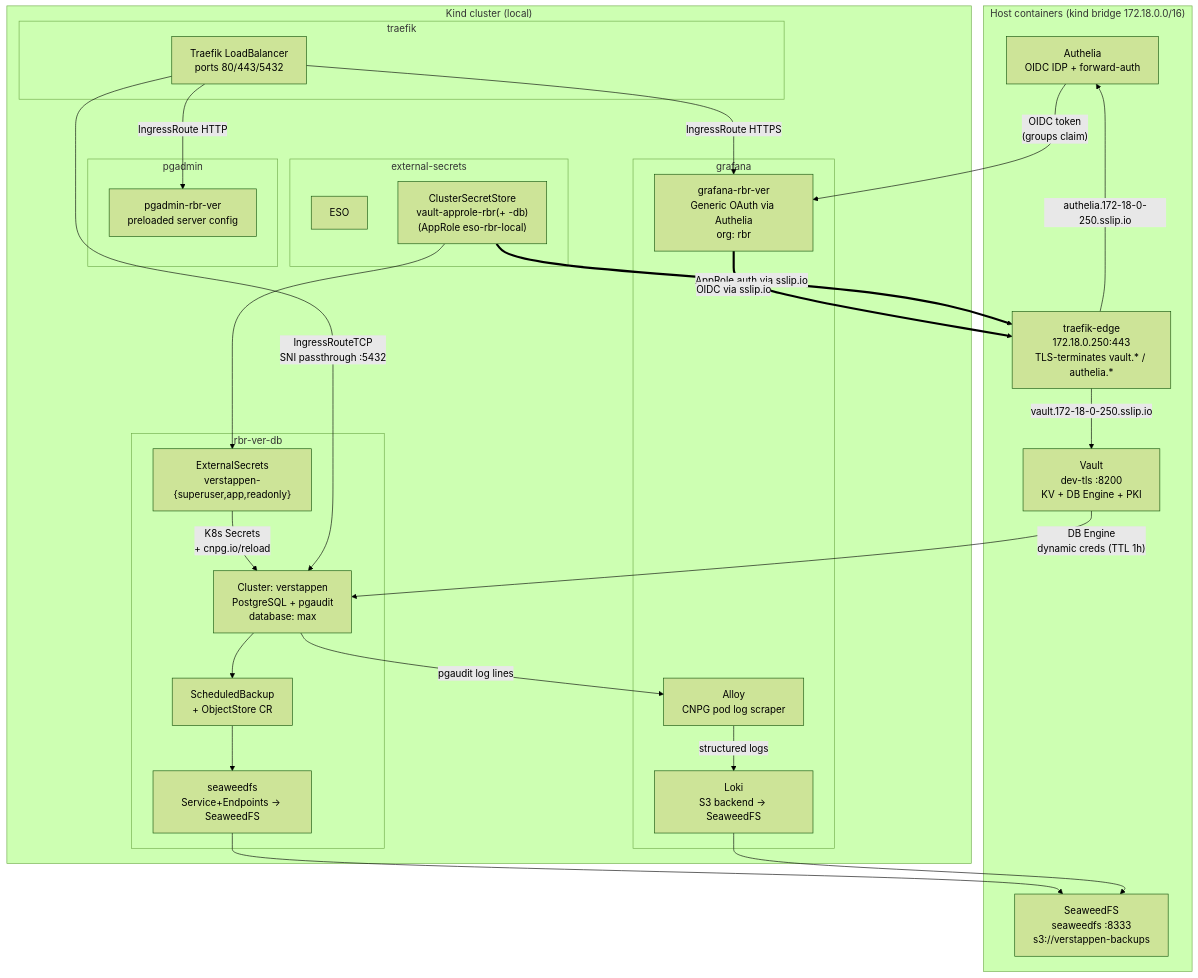
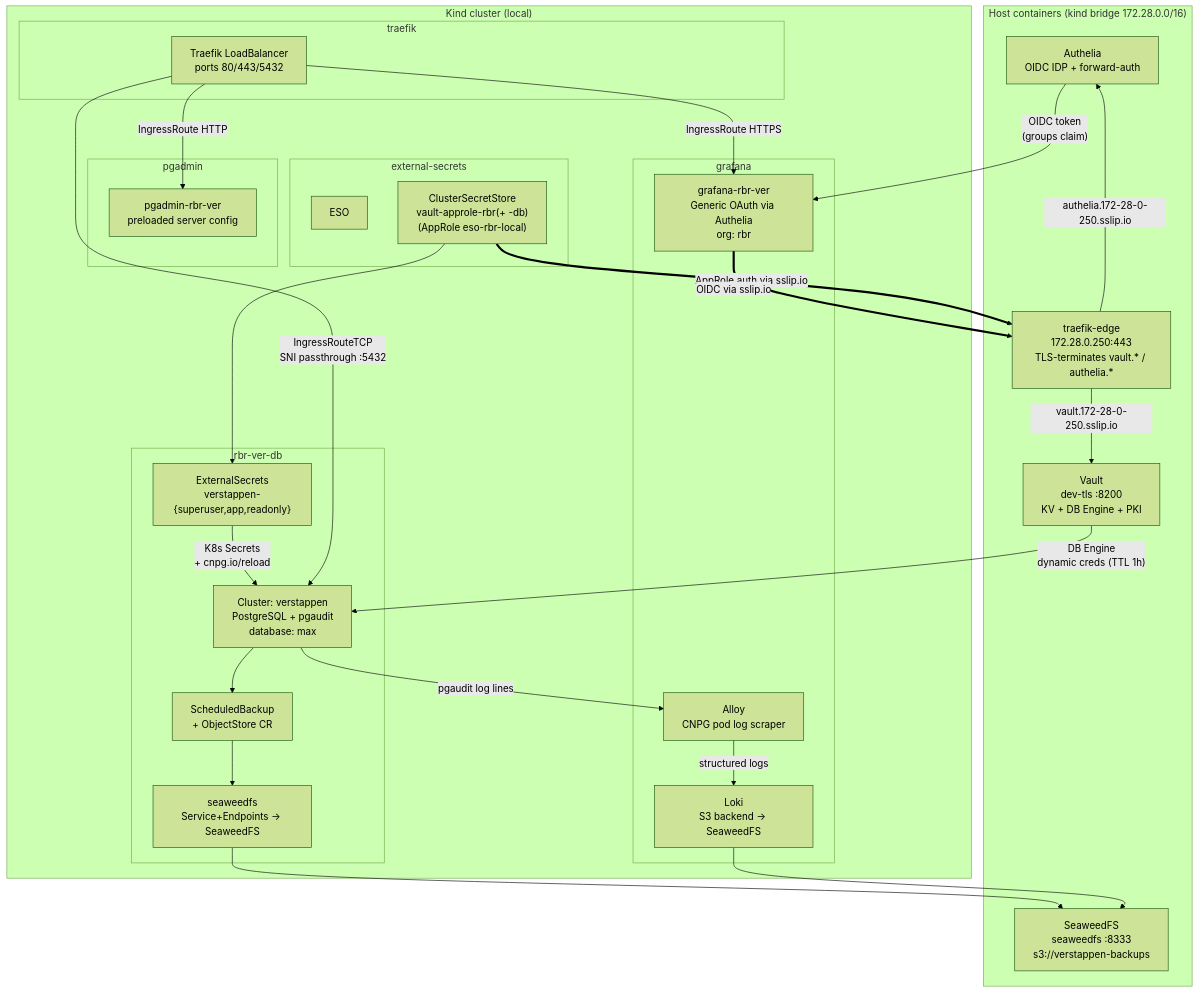
Before and after one commit to rmlandvreugd/cnpg-playground: the diagram in docs/self-service-demo.md, drawn with Mermaid (forest theme). The commit also changed other lines of this file and 34 other files, not shown here.

````diff
--- a/docs/self-service-demo.md
+++ b/docs/self-service-demo.md
@@ -9,55 +9,55 @@
 ```mermaid
 graph TB
-    subgraph host["Host containers (kind bridge 172.18.0.0/16)"]
+    subgraph host["Host containers (kind bridge 172.28.0.0/16)"]
         Vault["Vault\ndev-tls :8200\nKV + DB Engine + PKI"]
         Authelia["Authelia\nOIDC IDP + forward-auth"]
-        Edge["traefik-edge\n172.18.0.250:443\nTLS-terminates vault.* / authelia.*"]
+        Edge["traefik-edge\n172.28.0.250:443\nTLS-terminates vault.* / authelia.*"]
         Seaweed["SeaweedFS\nseaweedfs :8333\ns3://verstappen-backups"]
     end
 
     subgraph k8s["Kind cluster (local)"]
         subgraph traefik-ns["traefik"]
             LB["Traefik LoadBalancer\nports 80/443/5432"]
         end
 
         subgraph eso-ns["external-secrets"]
             ESO["ESO"]
             CSS["ClusterSecretStore\nvault-approle-rbr(+ -db)\n(AppRole eso-rbr-local)"]
         end
 
         subgraph rbr_ver_db["rbr-ver-db"]
             ES["ExternalSecrets\nverstappen-{superuser,app,readonly}"]
             CNPG["Cluster: verstappen\nPostgreSQL + pgaudit\ndatabase: max"]
             ObjStore["seaweedfs\nService+Endpoints → SeaweedFS"]
             Backup["ScheduledBackup\n+ ObjectStore CR"]
         end
 
         subgraph pgadmin_ns["pgadmin"]
             PgAdmin["pgadmin-rbr-ver\npreloaded server config"]
         end
 
         subgraph grafana_ns["grafana"]
             GrafanaRBR["grafana-rbr-ver\nGeneric OAuth via Authelia\norg: rbr"]
             Loki["Loki\nS3 backend → SeaweedFS"]
             Alloy["Alloy\nCNPG pod log scraper"]
         end
     end
 
     CSS ==>|"AppRole auth via sslip.io"| Edge
-    Edge -->|"vault.172-18-0-250.sslip.io"| Vault
-    Edge -->|"authelia.172-18-0-250.sslip.io"| Authelia
+    Edge -->|"vault.172-28-0-250.sslip.io"| Vault
+    Edge -->|"authelia.172-28-0-250.sslip.io"| Authelia
     CSS --> ES
     ES -->|"K8s Secrets\n+ cnpg.io/reload"| CNPG
     Vault -->|"DB Engine\ndynamic creds (TTL 1h)"| CNPG
     LB -->|"IngressRouteTCP\nSNI passthrough :5432"| CNPG
     LB -->|"IngressRoute HTTP"| PgAdmin
     LB -->|"IngressRoute HTTPS"| GrafanaRBR
     GrafanaRBR ==>|"OIDC via sslip.io"| Edge
     Authelia -->|"OIDC token\n(groups claim)"| GrafanaRBR
     CNPG -->|"pgaudit log lines"| Alloy
     Alloy -->|"structured logs"| Loki
     CNPG --> Backup
     Backup --> ObjStore
     ObjStore --> Seaweed
     Loki --> Seaweed
 ```
````
